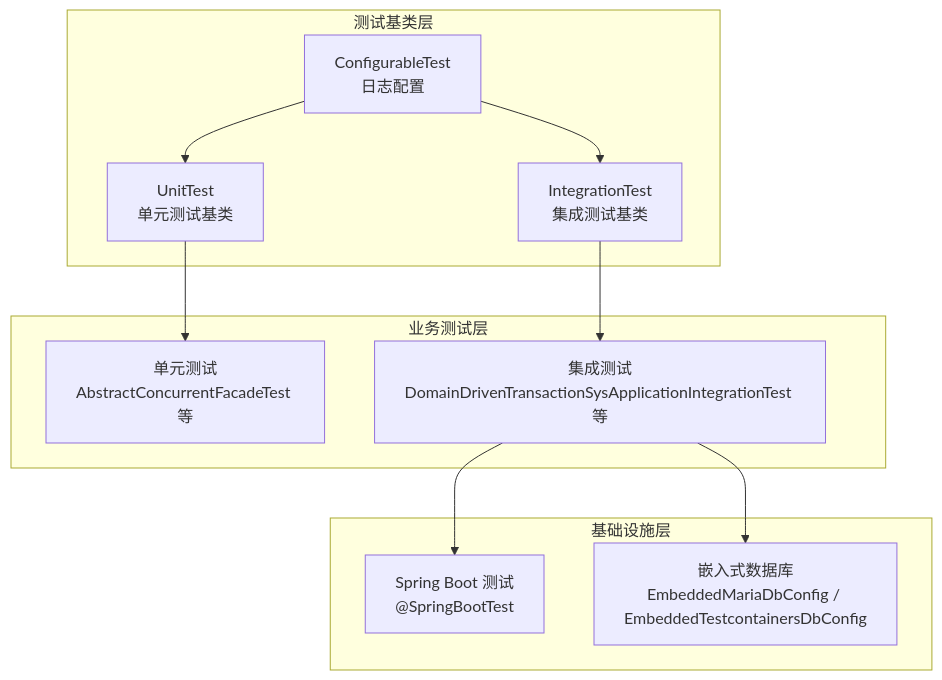
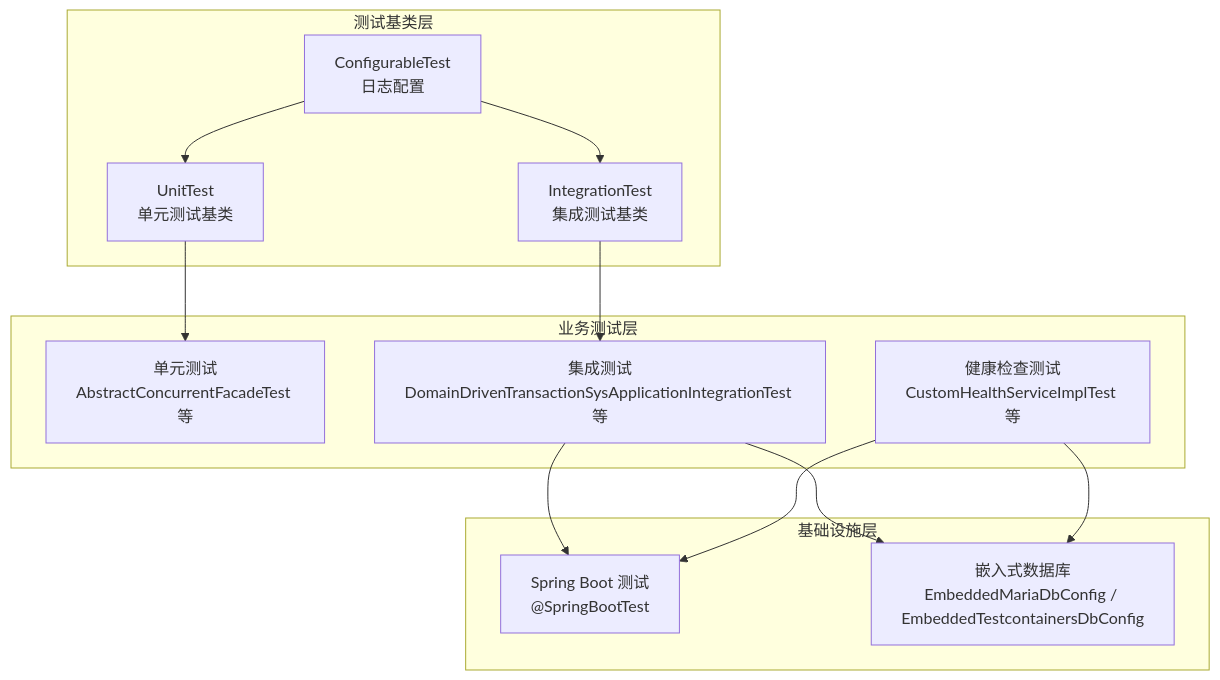
The second of 8 diagrams in .qoder/repowiki/zh/content/测试策略.md (magicliang/domain-driven-transaction-sys), drawn with Mermaid before and after one commit. The commit also changed other lines of this file and 7 other files, not shown here.

````diff
--- a/.qoder/repowiki/zh/content/测试策略.md
+++ b/.qoder/repowiki/zh/content/测试策略.md
@@ -103,22 +122,25 @@
 ```mermaid
 graph TB
 subgraph "测试基类层"
 CT["ConfigurableTest<br/>日志配置"]
 UT["UnitTest<br/>单元测试基类"]
 IT["IntegrationTest<br/>集成测试基类"]
 end
 subgraph "业务测试层"
 UTests["单元测试<br/>AbstractConcurrentFacadeTest 等"]
 ITests["集成测试<br/>DomainDrivenTransactionSysApplicationIntegrationTest 等"]
+HealthTests["健康检查测试<br/>CustomHealthServiceImplTest 等"]
 end
 subgraph "基础设施层"
 SpringBoot["Spring Boot 测试<br/>@SpringBootTest"]
 MariaDB["嵌入式数据库<br/>EmbeddedMariaDbConfig / EmbeddedTestcontainersDbConfig"]
 end
 CT --> UT
 CT --> IT
 UT --> UTests
 IT --> ITests
 ITests --> SpringBoot
 ITests --> MariaDB
+HealthTests --> SpringBoot
+HealthTests --> MariaDB
 ```
````
